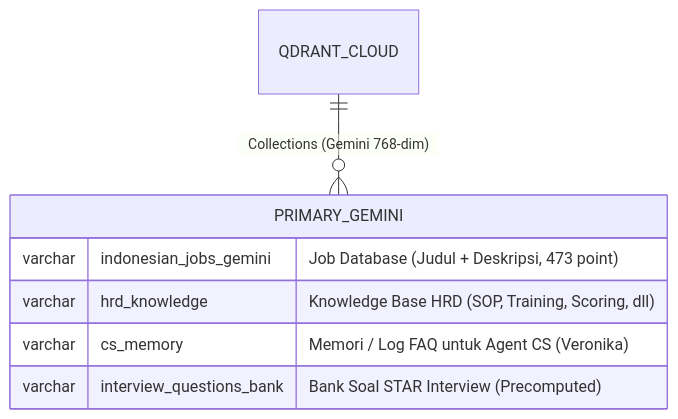
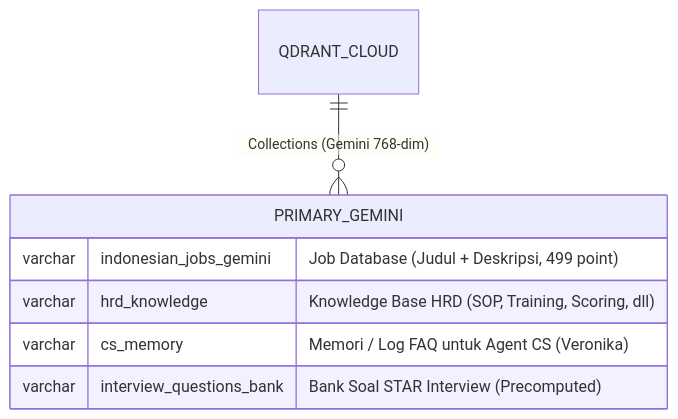
One commit to indri007/sweet-align-hub changed the second of 2 diagrams in ERD_JobMatch_AI.md. Above: the diagram before and after it, drawn with Mermaid. The commit also changed other lines of this file and 1 other file, not shown here.

Commit message:
chore: update ERD and styles

````diff
--- a/ERD_JobMatch_AI.md
+++ b/ERD_JobMatch_AI.md
@@ -93,11 +93,11 @@
 ```mermaid
 erDiagram
     QDRANT_CLOUD ||--o{ PRIMARY_GEMINI : "Collections (Gemini 768-dim)"
 
     PRIMARY_GEMINI {
-        varchar indonesian_jobs_gemini "Job Database (Judul + Deskripsi, 473 point)"
+        varchar indonesian_jobs_gemini "Job Database (Judul + Deskripsi, 499 point)"
         varchar hrd_knowledge "Knowledge Base HRD (SOP, Training, Scoring, dll)"
         varchar cs_memory "Memori / Log FAQ untuk Agent CS (Veronika)"
         varchar interview_questions_bank "Bank Soal STAR Interview (Precomputed)"
     }
 ```
````
